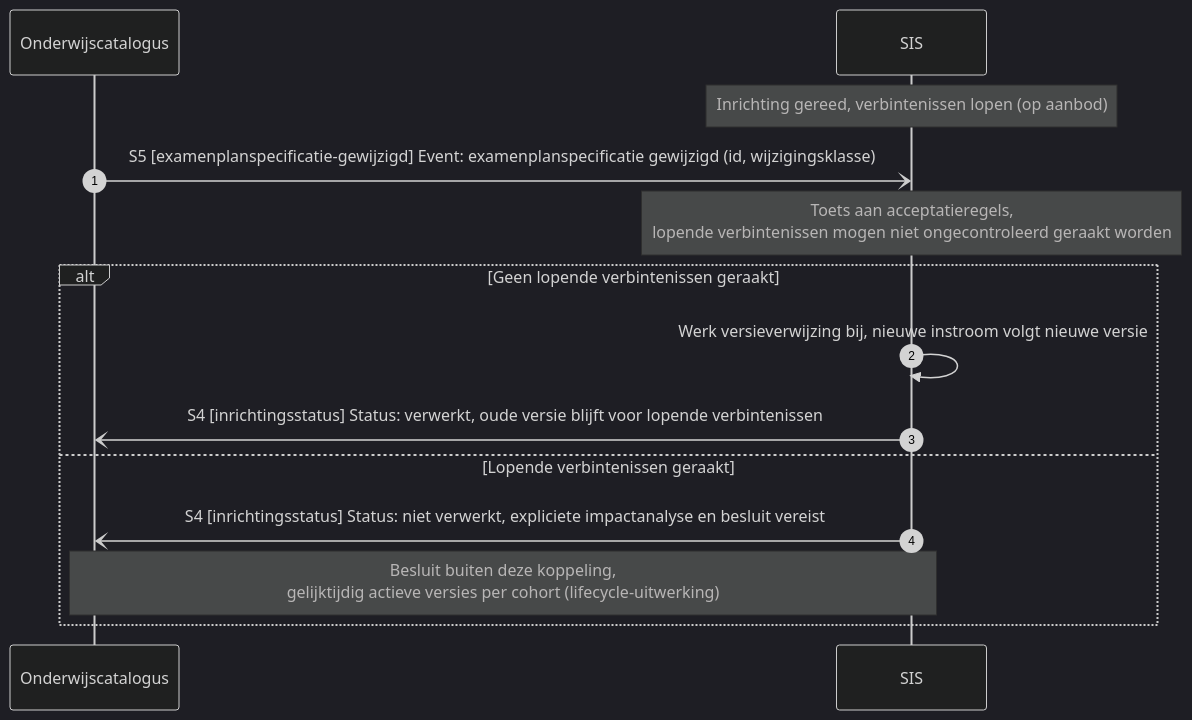
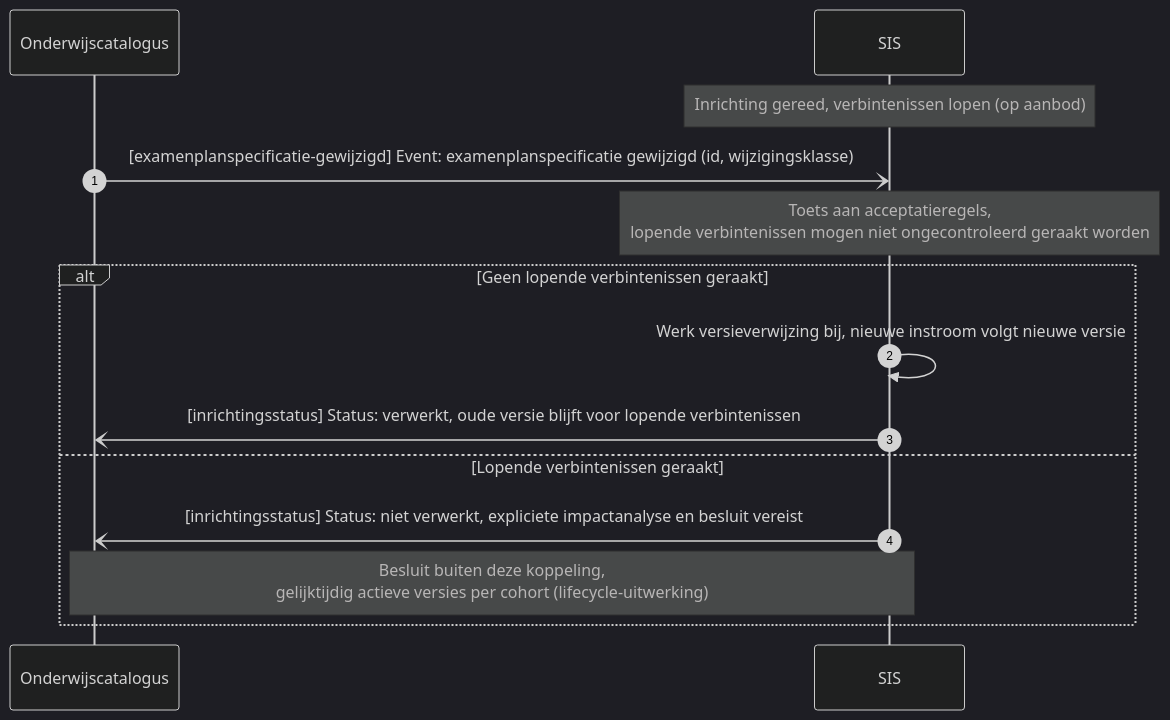
One commit to Npuls-OKx/Public changed the third of 3 diagrams in Koppelvlakspecificaties/Koppelingspecificaties/onderwijscatalogus-studentinformatiesysteem.md. Above: the diagram before and after it, drawn with Mermaid (dark theme). The commit also changed other lines of this file and 5 other files, not shown here.

````diff
--- a/Koppelvlakspecificaties/Koppelingspecificaties/onderwijscatalogus-studentinformatiesysteem.md
+++ b/Koppelvlakspecificaties/Koppelingspecificaties/onderwijscatalogus-studentinformatiesysteem.md
@@ -124,17 +106,17 @@
 ```mermaid
 sequenceDiagram
     autonumber
     participant Onderwijscatalogus
     participant SIS
 
     Note over SIS: Inrichting gereed, verbintenissen lopen (op aanbod)
-    Onderwijscatalogus-)SIS: S5 [examenplanspecificatie-gewijzigd] Event: examenplanspecificatie gewijzigd (id, wijzigingsklasse)
+    Onderwijscatalogus-)SIS: [examenplanspecificatie-gewijzigd] Event: examenplanspecificatie gewijzigd (id, wijzigingsklasse)
     Note over SIS: Toets aan acceptatieregels,<br/>lopende verbintenissen mogen niet ongecontroleerd geraakt worden
     alt Geen lopende verbintenissen geraakt
         SIS->>SIS: Werk versieverwijzing bij, nieuwe instroom volgt nieuwe versie
-        SIS-)Onderwijscatalogus: S4 [inrichtingsstatus] Status: verwerkt, oude versie blijft voor lopende verbintenissen
+        SIS-)Onderwijscatalogus: [inrichtingsstatus] Status: verwerkt, oude versie blijft voor lopende verbintenissen
     else Lopende verbintenissen geraakt
-        SIS-)Onderwijscatalogus: S4 [inrichtingsstatus] Status: niet verwerkt, expliciete impactanalyse en besluit vereist
+        SIS-)Onderwijscatalogus: [inrichtingsstatus] Status: niet verwerkt, expliciete impactanalyse en besluit vereist
         Note over Onderwijscatalogus,SIS: Besluit buiten deze koppeling,<br/>gelijktijdig actieve versies per cohort (lifecycle-uitwerking)
     end
 ```
````
